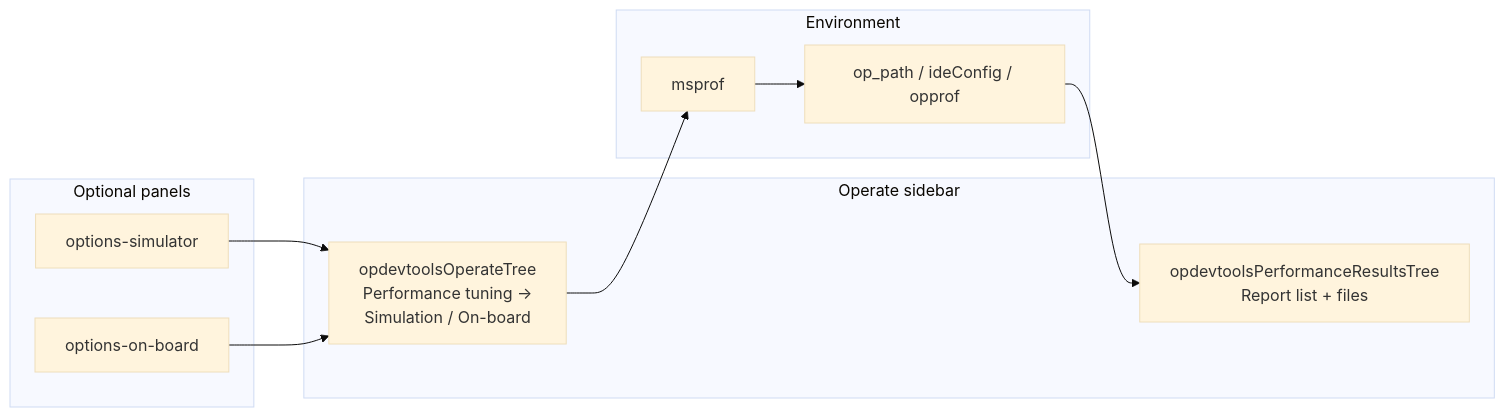
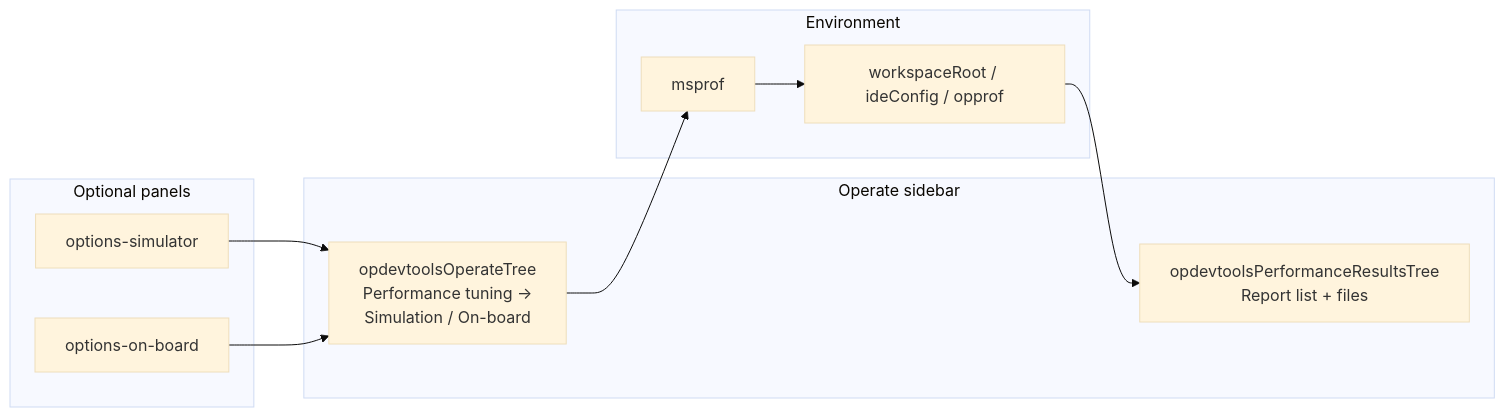
Before and after one commit to IdeFrontend/opdev_plugin: the first of 2 diagrams in docs/performance.md, drawn with Mermaid (base theme). The commit also changed other lines of this file and 287 other files, not shown here.

````diff
--- a/docs/performance.md
+++ b/docs/performance.md
@@ -25,21 +25,21 @@
 ```mermaid
 flowchart LR
   subgraph Operate["Operate sidebar"]
     FlowTree["opdevtoolsOperateTree\nPerformance tuning →\nSimulation / On-board"]
     ResultsTree["opdevtoolsPerformanceResultsTree\nReport list + files"]
   end
   subgraph Optional["Optional panels"]
     SimOpts["options-simulator"]
     BoardOpts["options-on-board"]
   end
   subgraph External["Environment"]
     Msprof["msprof"]
-    Opprof["op_path / ideConfig / opprof"]
+    Opprof["workspaceRoot / ideConfig / opprof"]
   end
 
   FlowTree --> Msprof
   Msprof --> Opprof
   Opprof --> ResultsTree
   SimOpts --> FlowTree
   BoardOpts --> FlowTree
 ```
````
